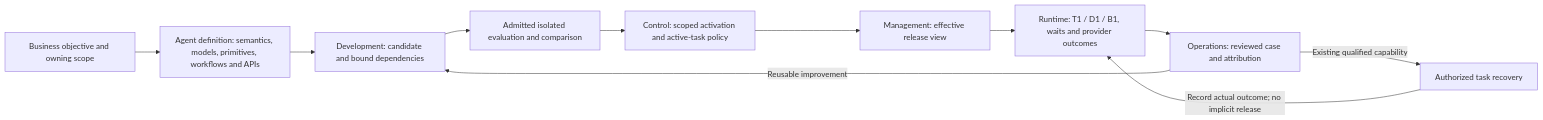
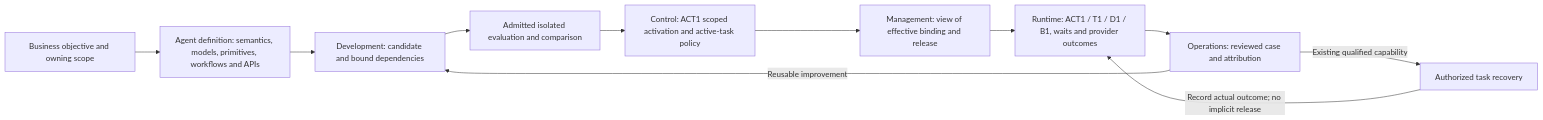
One commit to chaosxingxc-orion/nga changed the sixth of 6 diagrams in achitecture design/09-nga-architecture-diagrams.md. Above: the diagram before and after it, drawn with Mermaid. The commit also changed other lines of this file and 6 other files, not shown here.

Commit message:
docs: specify NGA core objects scoped activation and cross-plane handoffs

````diff
--- a/achitecture design/09-nga-architecture-diagrams.md
+++ b/achitecture design/09-nga-architecture-diagrams.md
@@ -186,13 +186,13 @@
 ```mermaid
 flowchart LR
     GO["Business objective and owning scope"] --> DEF["Agent definition: semantics, models, primitives, workflows and APIs"]
     DEF --> CAN["Development: candidate and bound dependencies"]
     CAN --> EV["Admitted isolated evaluation and comparison"]
-    EV --> PUB["Control: scoped activation and active-task policy"]
-    PUB --> REL["Management: effective release view"]
-    REL --> TASK["Runtime: T1 / D1 / B1, waits and provider outcomes"]
+    EV --> PUB["Control: ACT1 scoped activation and active-task policy"]
+    PUB --> REL["Management: view of effective binding and release"]
+    REL --> TASK["Runtime: ACT1 / T1 / D1 / B1, waits and provider outcomes"]
     TASK --> CASE["Operations: reviewed case and attribution"]
     CASE -->|"Reusable improvement"| CAN
     CASE -->|"Existing qualified capability"| REC["Authorized task recovery"]
     REC -->|"Record actual outcome; no implicit release"| TASK
 ```
````
